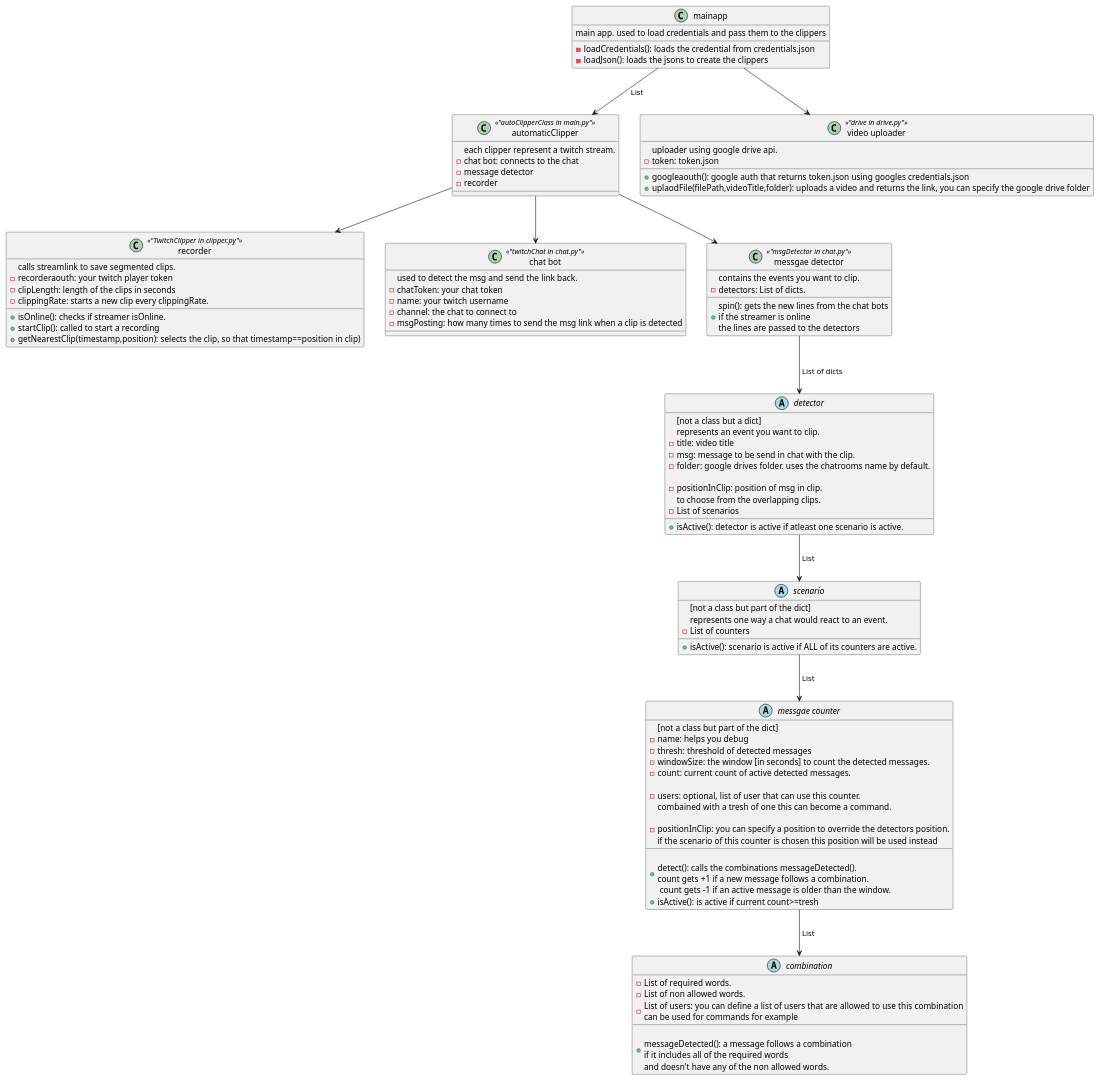
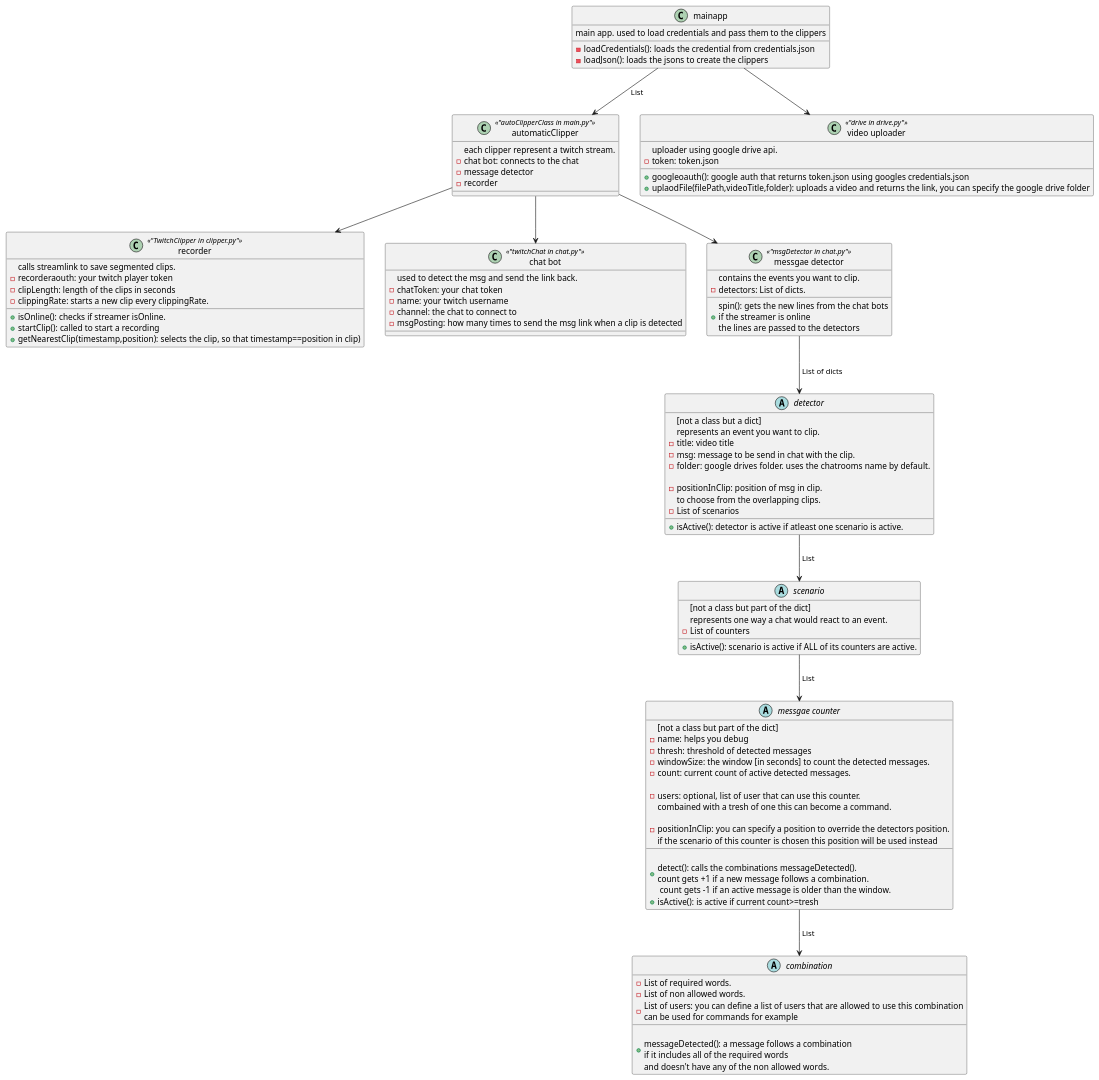
Before and after one commit to ZiedYT/automatic-twitch-clipper: the diagram in diagram.puml, drawn with PlantUML. The commit also changed 4 other files, not shown here.

```diff
--- a/diagram.puml
+++ b/diagram.puml
@@ -1,94 +1,94 @@
 @startuml
 class    mainapp{
 main app. used to load credentials and pass them to the clippers
 -loadCredentials(): loads the credential from credentials.json
 -loadJson(): loads the jsons to create the clippers
 }
 
 class    automaticClipper<<"autoClipperClass in main.py">>{
 each clipper represent a twitch stream. 
 -chat bot: connects to the chat
 -message detector
 -recorder
 }
 class    recorder<<"TwitchClipper in clipper.py">>{
 calls streamlink to save segmented clips. 
 -recorderaouth: your twitch player token
 -clipLength: length of the clips in seconds
 -clippingRate: starts a new clip every clippingRate.
 +isOnline(): checks if streamer isOnline.
 +startClip(): called to start a recording
 +getNearestClip(timestamp,position): selects the clip, so that timestamp==position in clip)
 }
 
 class    "chat bot" <<"twitchChat in chat.py">>{
 used to detect the msg and send the link back.
 -chatToken: your chat token
 -name: your twitch username
 -channel: the chat to connect to
 -msgPosting: how many times to send the msg link when a clip is detected 
 }
 
 class    "messgae detector" <<"msgDetector in chat.py">>{
 contains the events you want to clip.
 -detectors: List of dicts.
 +spin(): gets the new lines from the chat bots\nif the streamer is online\nthe lines are passed to the detectors
 }
 
 class    "video uploader" <<"drive in drive.py">>{
 uploader using google drive api.
 -token: token.json
-+googleaouth(): google auth that returns token.json using googles credentials.json 
++googleoauth(): google auth that returns token.json using googles credentials.json 
 +uplaodFile(filePath,videoTitle,folder): uploads a video and returns the link, you can specify the google drive folder
 }
 
 
 abstract   detector{
 [not a class but a dict]
 represents an event you want to clip. 
 -title: video title
 -msg: message to be send in chat with the clip.
 -folder: google drives folder. uses the chatrooms name by default.
 -\npositionInClip: position of msg in clip. \nto choose from the overlapping clips.
 -List of scenarios
 +isActive(): detector is active if atleast one scenario is active.
 }
 
 abstract   scenario{
 [not a class but part of the dict]
 represents one way a chat would react to an event. 
 - List of counters
 +isActive(): scenario is active if ALL of its counters are active.
 }
 
 abstract   "messgae counter"{
 [not a class but part of the dict]
 -name: helps you debug
 -thresh: threshold of detected messages
 -windowSize: the window [in seconds] to count the detected messages.
 -count: current count of active detected messages.
 -\nusers: optional, list of user that can use this counter.\ncombained with a tresh of one this can become a command.
 -\npositionInClip: you can specify a position to override the detectors position.\nif the scenario of this counter is chosen this position will be used instead
 +\ndetect(): calls the combinations messageDetected().\ncount gets +1 if a new message follows a combination.\n count gets -1 if an active message is older than the window.
 +isActive(): is active if current count>=tresh
 }
 abstract   combination{
 -List of required words.
 -List of non allowed words.
 -List of users: you can define a list of users that are allowed to use this combination\ncan be used for commands for example
 +\nmessageDetected(): a message follows a combination\nif it includes all of the required words\nand doesn't have any of the non allowed words.
 }
 
 mainapp --> automaticClipper:" List"
 mainapp --> "video uploader"
 automaticClipper --> "chat bot"
 automaticClipper --> "messgae detector"
 automaticClipper --> recorder
 
 "messgae detector" --> detector: " List of dicts"
 detector --> scenario: " List"
 scenario --> "messgae counter": " List"
 "messgae counter" --> combination: " List"
 
 
 @enduml
```
